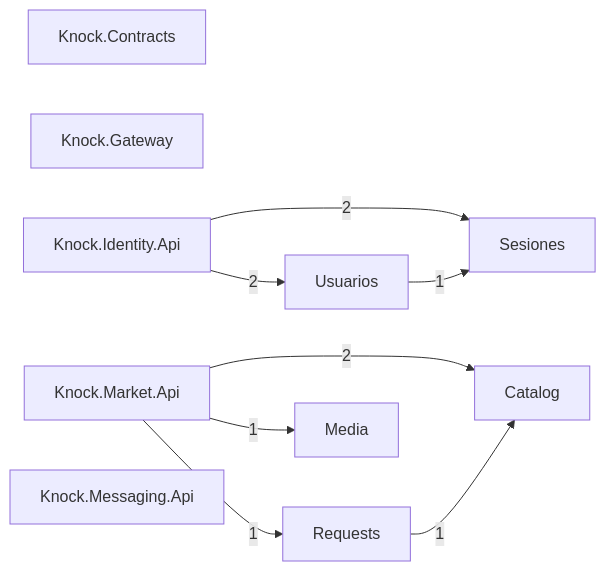
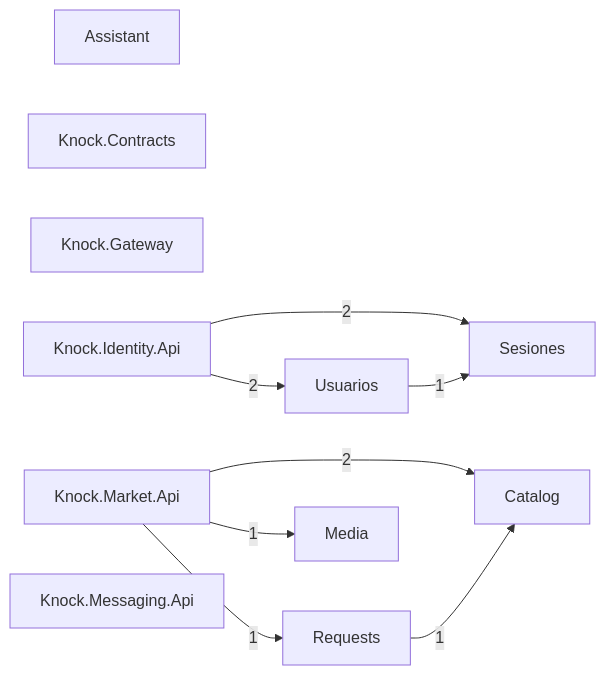
The diagram in docs/architecture/modules.mmd (Tensei-Devs/knock-backend), drawn with Mermaid before and after one commit. The commit also changed 10 other files, not shown here.

```diff
--- a/docs/architecture/modules.mmd
+++ b/docs/architecture/modules.mmd
@@ -1,18 +1,19 @@
 graph LR
+  Assistant["Assistant"]
   Catalog["Catalog"]
   Knock_Contracts["Knock.Contracts"]
   Knock_Gateway["Knock.Gateway"]
   Knock_Identity_Api["Knock.Identity.Api"]
   Knock_Market_Api["Knock.Market.Api"]
   Knock_Messaging_Api["Knock.Messaging.Api"]
   Media["Media"]
   Requests["Requests"]
   Sesiones["Sesiones"]
   Usuarios["Usuarios"]
   Knock_Identity_Api -->|2| Sesiones
   Knock_Identity_Api -->|2| Usuarios
   Knock_Market_Api -->|2| Catalog
   Knock_Market_Api -->|1| Media
   Knock_Market_Api -->|1| Requests
   Requests -->|1| Catalog
   Usuarios -->|1| Sesiones
```
